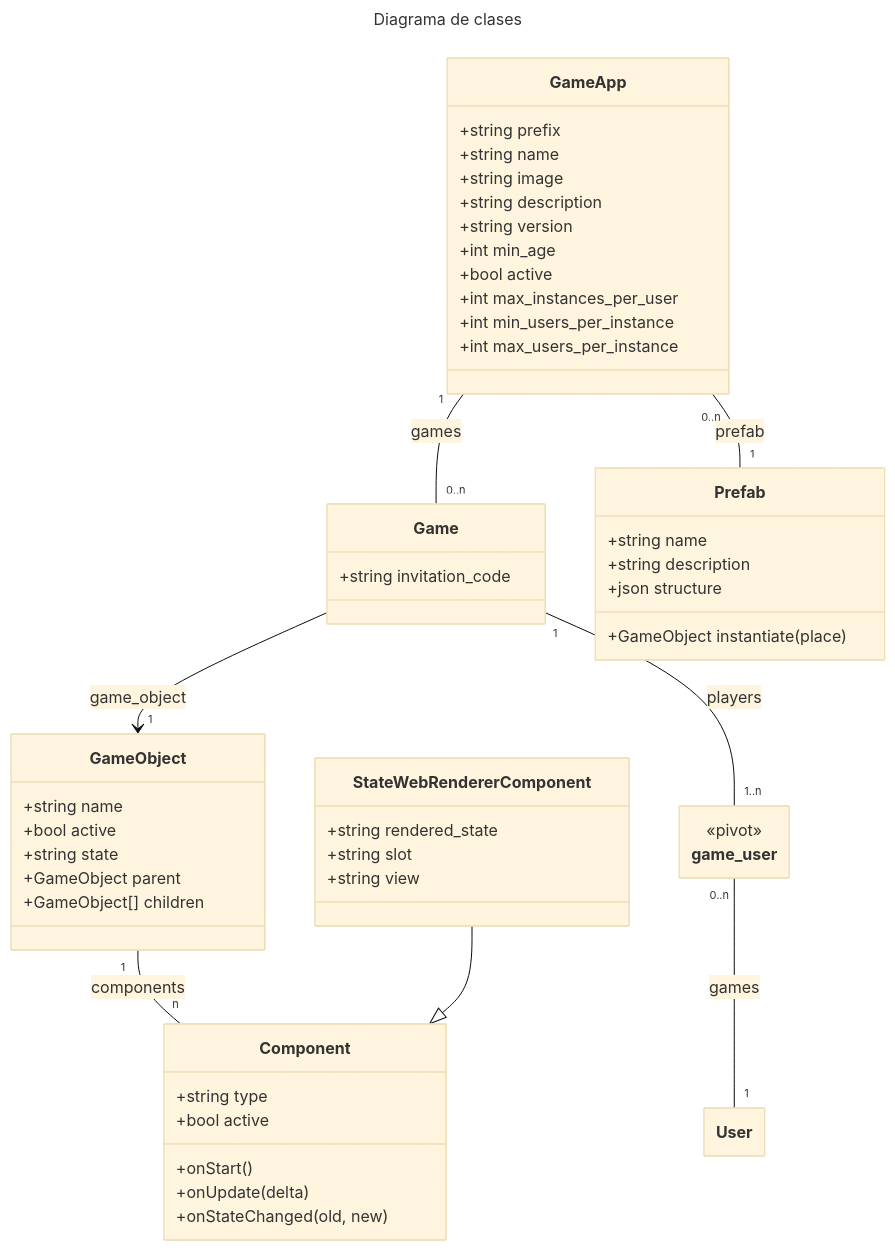
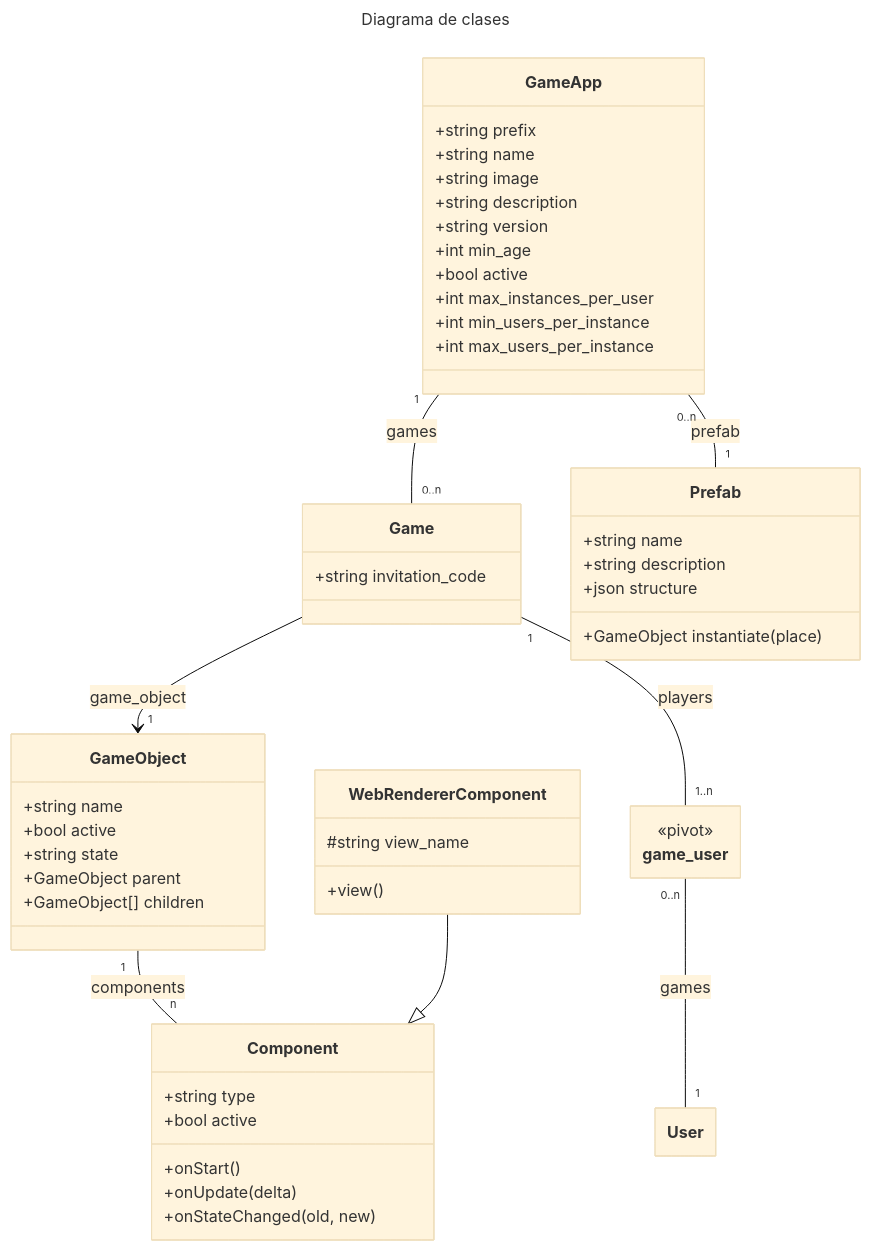
One commit to eormeno/base-project changed the first of 2 diagrams in docs/class_diagrams.md. Above: the diagram before and after it, drawn with Mermaid (base theme). The commit also changed other lines of this file, not shown here.

````diff
--- a/docs/class_diagrams.md
+++ b/docs/class_diagrams.md
@@ -1,62 +1,61 @@
 ```mermaid
 ---
 title: Diagrama de clases
 config:
     class:
         hideEmptyMembersBox: true
 ---
 classDiagram
     direction TD
     class User {
     }
     class GameApp {
         +string prefix
         +string name
         +string image
         +string description
         +string version
         +int min_age
         +bool active
         +int max_instances_per_user
         +int min_users_per_instance
         +int max_users_per_instance
     }
     class Game {
         +string invitation_code
     }
     class game_user {
         <<pivot>>
     }
     class Prefab {
         +string name
         +string description
         +json structure
         +GameObject instantiate(place)
     }
     class GameObject {
         +string name
         +bool active
         +string state
         +GameObject parent
         +GameObject[] children
     }
     class Component {
         +string type
         +bool active
         +onStart()
         +onUpdate(delta)
         +onStateChanged(old, new)
     }
-    class StateWebRendererComponent {
-        +string rendered_state
-        +string slot
-        +string view
+    class WebRendererComponent {
+        #string view_name
+        +view()
     }
     Game --> "1" GameObject : game_object
     GameObject "1" -- "n" Component : components
     GameApp "1" -- "0..n" Game : games
     Game "1" -- "1..n" game_user : players
     GameApp "0..n" -- "1" Prefab : prefab
     game_user "0..n" -- "1" User : games
-    StateWebRendererComponent --|> Component
+    WebRendererComponent --|> Component
 ```
````
